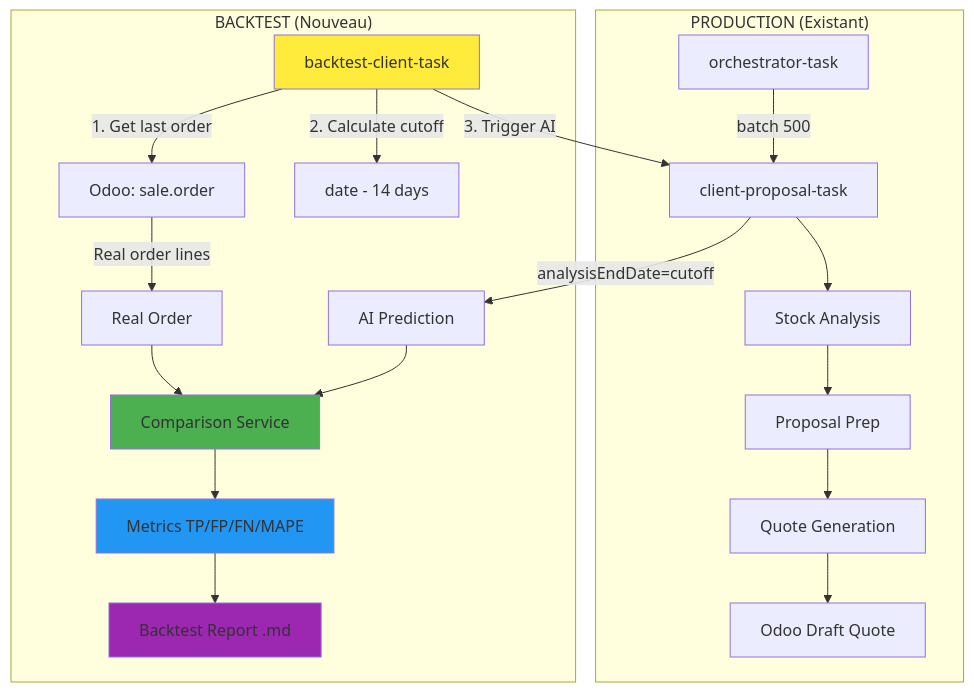
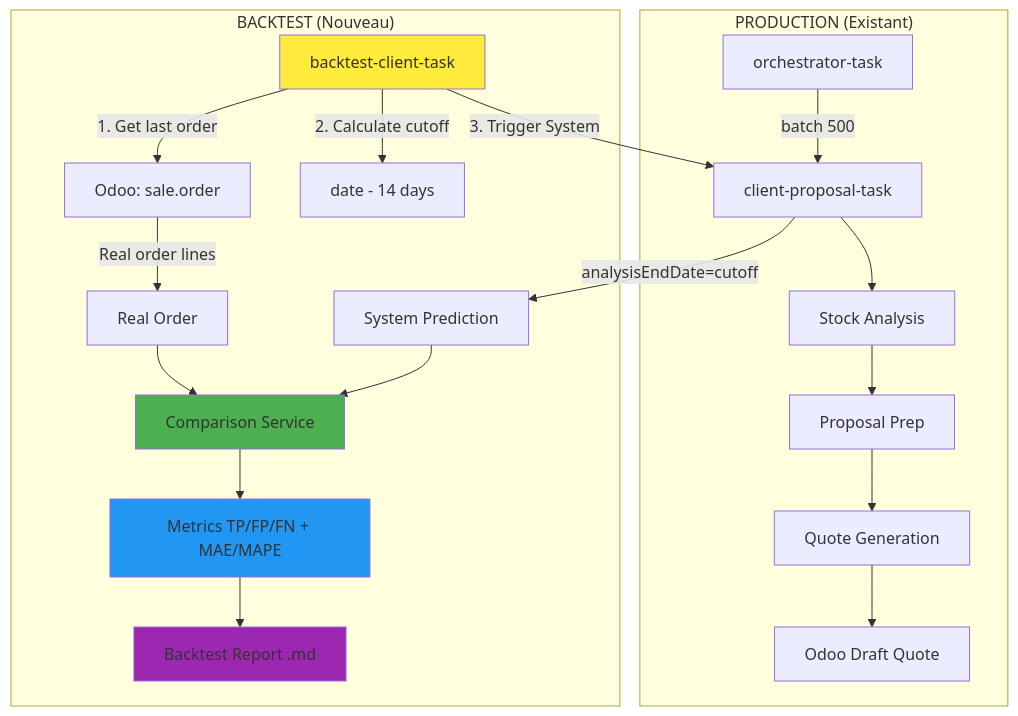
One commit to dimitrileduc/auto-proposal changed the diagram in BACKTEST-PLAN.md. Above: the diagram before and after it, drawn with Mermaid. The commit also changed other lines of this file, not shown here.

````diff
--- a/BACKTEST-PLAN.md
+++ b/BACKTEST-PLAN.md
@@ -11,27 +13,27 @@
 ```mermaid
 graph TB
     subgraph "PRODUCTION (Existant)"
         A[orchestrator-task] -->|batch 500| B[client-proposal-task]
         B --> C[Stock Analysis]
         C --> D[Proposal Prep]
         D --> E[Quote Generation]
         E --> F[Odoo Draft Quote]
     end
 
     subgraph "BACKTEST (Nouveau)"
         G[backtest-client-task] -->|1. Get last order| H[Odoo: sale.order]
         G -->|2. Calculate cutoff| I[date - 14 days]
-        G -->|3. Trigger AI| B
-        B -->|analysisEndDate=cutoff| J[AI Prediction]
+        G -->|3. Trigger System| B
+        B -->|analysisEndDate=cutoff| J[System Prediction]
         H -->|Real order lines| K[Real Order]
         J --> L[Comparison Service]
         K --> L
-        L --> M[Metrics TP/FP/FN/MAPE]
+        L --> M[Metrics TP/FP/FN + MAE/MAPE]
         M --> N[Backtest Report .md]
     end
 
     style G fill:#ffeb3b
     style L fill:#4caf50
     style M fill:#2196f3
     style N fill:#9c27b0
 ```
````
